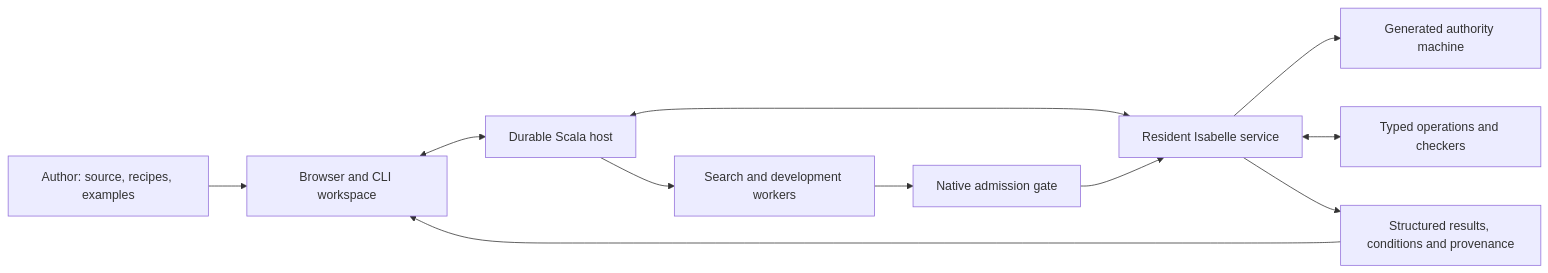
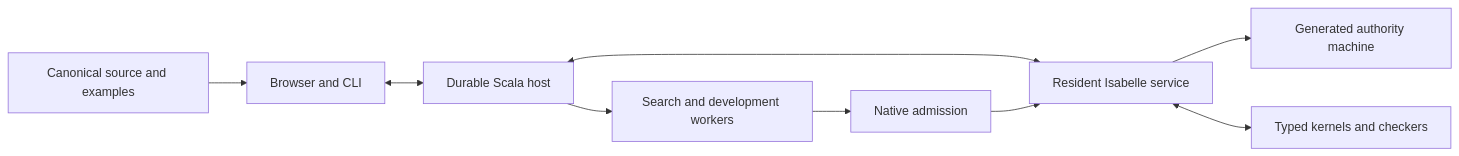
The diagram in README.md (emberian/veri7vn), drawn with Mermaid before and after one commit. The commit also changed other lines of this file and 66 other files, not shown here.

````diff
--- a/README.md
+++ b/README.md
@@ -73,13 +52,11 @@
 ```mermaid
 flowchart LR
-  Author[Author: source, recipes, examples] --> Workspace[Browser and CLI workspace]
-  Workspace <--> Host[Durable Scala host]
+  Author[Canonical source and examples] --> Client[Browser and CLI]
+  Client <--> Host[Durable Scala host]
   Host <--> Native[Resident Isabelle service]
   Native --> Authority[Generated authority machine]
-  Native <--> Kernels[Typed operations and checkers]
+  Native <--> Kernels[Typed kernels and checkers]
   Host --> Workers[Search and development workers]
-  Workers --> Gate[Native admission gate]
+  Workers --> Gate[Native admission]
   Gate --> Native
-  Native --> Result[Structured results, conditions and provenance]
-  Result --> Workspace
 ```
````
